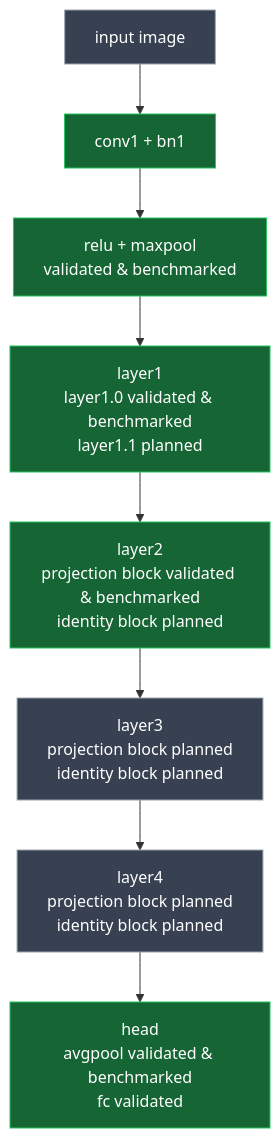
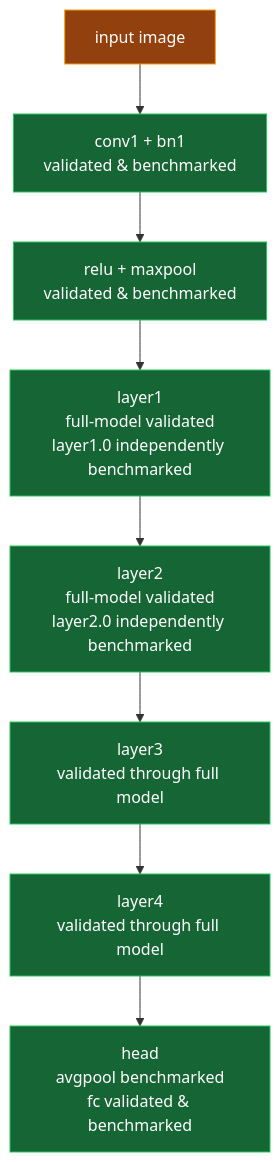
One commit to awaldm/dlinf changed the diagram in docs/resnet18_coverage.md. Above: the diagram before and after it, drawn with Mermaid. The commit also changed other lines of this file and 20 other files, not shown here.

````diff
--- a/docs/resnet18_coverage.md
+++ b/docs/resnet18_coverage.md
@@ -10,21 +10,21 @@
 ```mermaid
 flowchart TB
     input["input image"]
-    convbn["conv1 + bn1"]
+    convbn["conv1 + bn1<br/>validated &amp; benchmarked"]
     relupool["relu + maxpool<br/>validated &amp; benchmarked"]
-    layer1["layer1<br/>layer1.0 validated &amp; benchmarked<br/>layer1.1 planned"]
-    layer2["layer2<br/>projection block validated &amp; benchmarked<br/>identity block planned"]
-    layer3["layer3<br/>projection block planned<br/>identity block planned"]
-    layer4["layer4<br/>projection block planned<br/>identity block planned"]
-    head["head<br/>avgpool validated &amp; benchmarked<br/>fc validated"]
+    layer1["layer1<br/>full-model validated<br/>layer1.0 independently benchmarked"]
+    layer2["layer2<br/>full-model validated<br/>layer2.0 independently benchmarked"]
+    layer3["layer3<br/>validated through full model"]
+    layer4["layer4<br/>validated through full model"]
+    head["head<br/>avgpool benchmarked<br/>fc validated &amp; benchmarked"]
 
 
     input --> convbn --> relupool --> layer1 --> layer2 --> layer3 --> layer4 --> head
 
     classDef validated fill:#166534,stroke:#22c55e,color:#ffffff;
     classDef exported fill:#92400e,stroke:#f59e0b,color:#ffffff;
     classDef planned fill:#374151,stroke:#9ca3af,color:#ffffff;
 
-    class convbn,layer1,layer2,head,relupool validated;
-    class input,layer3,layer4 planned;
+    class convbn,layer1,layer2,layer3,layer4,head,relupool validated;
+    class input exported;
 ```
````
